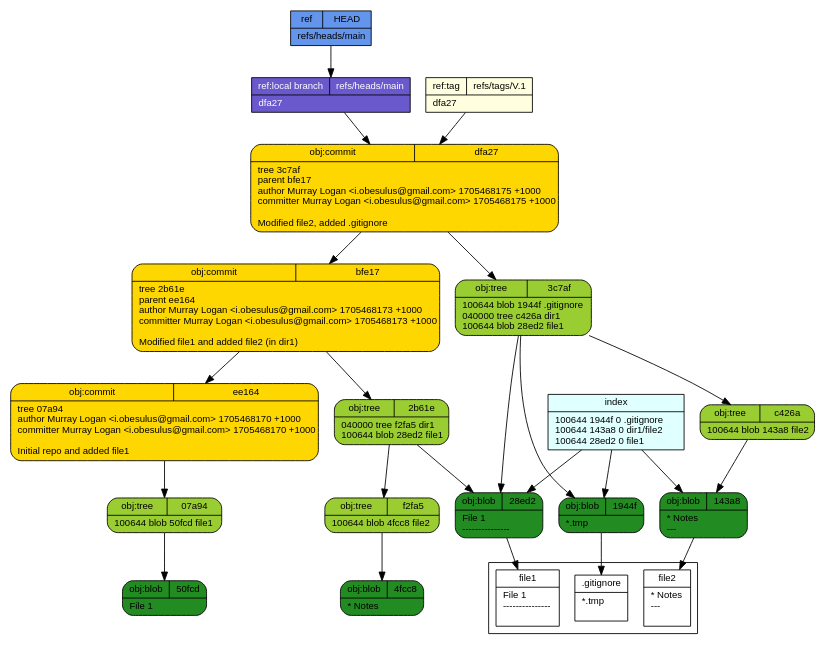
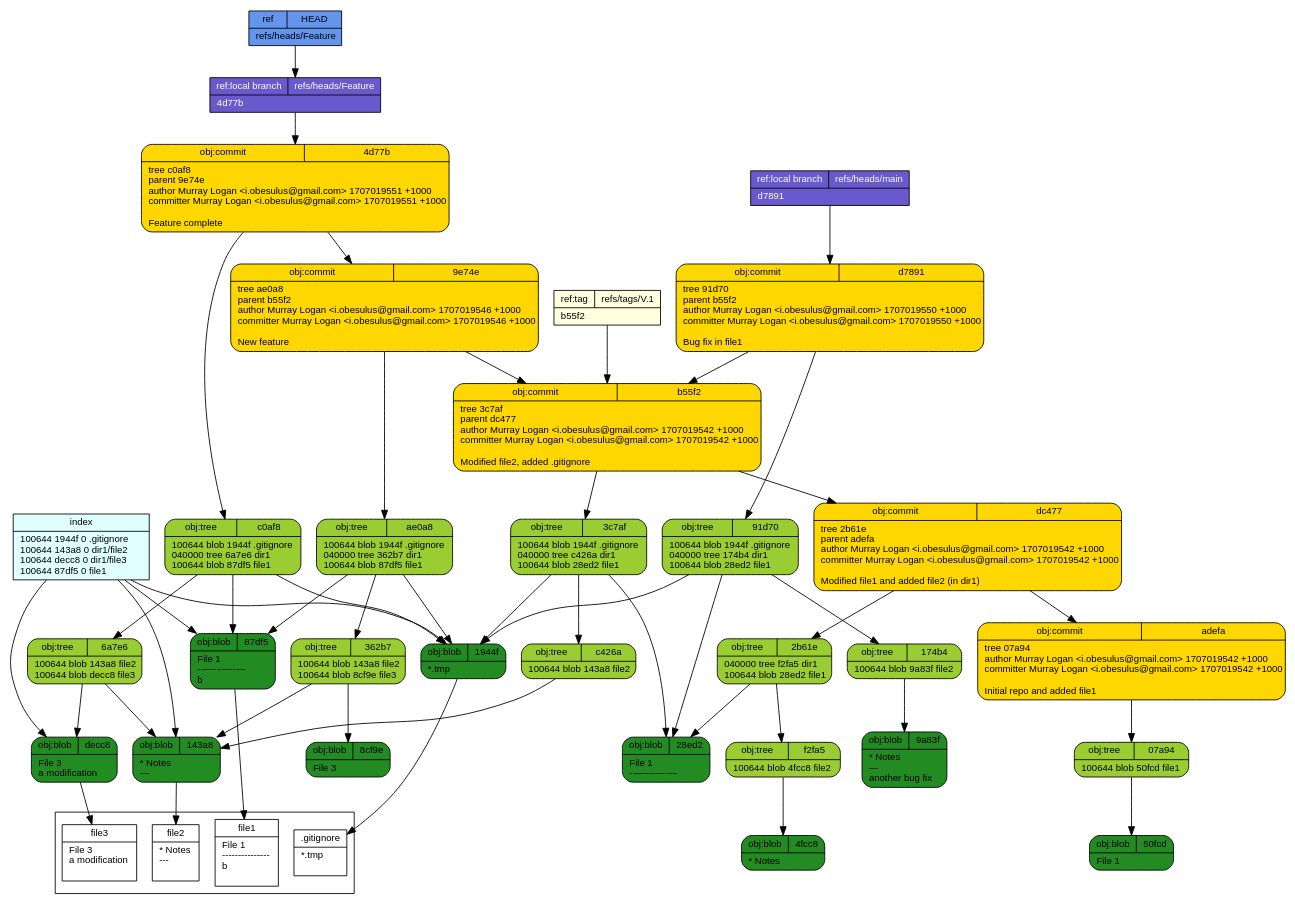
One commit to ReefCloud/workshops changed the diagram in tut/git-draw.dot. Above: the diagram before and after it, drawn with Graphviz. The commit also changed 6 other files, not shown here.

```diff
--- a/tut/git-draw.dot
+++ b/tut/git-draw.dot
@@ -1,34 +1,59 @@
 digraph structs {
   node [shape=record,fontsize=11,fontname="arial"];
   rankdir="TB";
-  _07a94 [fillcolor="yellowgreen", style="filled,rounded", label="{{obj:tree|07a94}|100644\ blob\ 50fcd\	file1\l}"]  _07a94 -> _50fcd
-  _143a8 [fillcolor="forestgreen", style="filled,rounded", label="{{obj:blob|143a8}|\*\ Notes\l\-\-\-\l}"]  _1944f [fillcolor="forestgreen", style="filled,rounded", label="{{obj:blob|1944f}|\*\.tmp\l}"]  _28ed2 [fillcolor="forestgreen", style="filled,rounded", label="{{obj:blob|28ed2}|File\ 1\l\-\-\-\-\-\-\-\-\-\-\-\-\-\-\-\l}"]  _2b61e [fillcolor="yellowgreen", style="filled,rounded", label="{{obj:tree|2b61e}|040000\ tree\ f2fa5\	dir1\l100644\ blob\ 28ed2\	file1\l}"]  _2b61e -> _f2fa5
-  _2b61e -> _28ed2
+  _4d77b [fillcolor="gold", style="filled,rounded", label="{{obj:commit|4d77b}|tree\ c0af8\lparent\ 9e74e\lauthor\ Murray\ Logan\ \<i\.obesulus\@gmail\.com\>\ 1707019551\ \+1000\lcommitter\ Murray\ Logan\ \<i\.obesulus\@gmail\.com\>\ 1707019551\ \+1000\l\lFeature\ complete\l}"]  _4d77b -> _c0af8
+  _4d77b -> _9e74e
+  _d7891 [fillcolor="gold", style="filled,rounded", label="{{obj:commit|d7891}|tree\ 91d70\lparent\ b55f2\lauthor\ Murray\ Logan\ \<i\.obesulus\@gmail\.com\>\ 1707019550\ \+1000\lcommitter\ Murray\ Logan\ \<i\.obesulus\@gmail\.com\>\ 1707019550\ \+1000\l\lBug\ fix\ in\ file1\l}"]  _d7891 -> _91d70
+  _d7891 -> _b55f2
   _3c7af [fillcolor="yellowgreen", style="filled,rounded", label="{{obj:tree|3c7af}|100644\ blob\ 1944f\	\.gitignore\l040000\ tree\ c426a\	dir1\l100644\ blob\ 28ed2\	file1\l}"]  _3c7af -> _1944f
   _3c7af -> _c426a
   _3c7af -> _28ed2
-  _4fcc8 [fillcolor="forestgreen", style="filled,rounded", label="{{obj:blob|4fcc8}|\*\ Notes\l}"]  _50fcd [fillcolor="forestgreen", style="filled,rounded", label="{{obj:blob|50fcd}|File\ 1\l}"]  _bfe17 [fillcolor="gold", style="filled,rounded", label="{{obj:commit|bfe17}|tree\ 2b61e\lparent\ ee164\lauthor\ Murray\ Logan\ \<i\.obesulus\@gmail\.com\>\ 1705468173\ \+1000\lcommitter\ Murray\ Logan\ \<i\.obesulus\@gmail\.com\>\ 1705468173\ \+1000\l\lModified\ file1\ and\ added\ file2\ \(in\ dir1\)\l}"]  _bfe17 -> _2b61e
-  _bfe17 -> _ee164
+  _c0af8 [fillcolor="yellowgreen", style="filled,rounded", label="{{obj:tree|c0af8}|100644\ blob\ 1944f\	\.gitignore\l040000\ tree\ 6a7e6\	dir1\l100644\ blob\ 87df5\	file1\l}"]  _c0af8 -> _1944f
+  _c0af8 -> _6a7e6
+  _c0af8 -> _87df5
+  _dc477 [fillcolor="gold", style="filled,rounded", label="{{obj:commit|dc477}|tree\ 2b61e\lparent\ adefa\lauthor\ Murray\ Logan\ \<i\.obesulus\@gmail\.com\>\ 1707019542\ \+1000\lcommitter\ Murray\ Logan\ \<i\.obesulus\@gmail\.com\>\ 1707019542\ \+1000\l\lModified\ file1\ and\ added\ file2\ \(in\ dir1\)\l}"]  _dc477 -> _2b61e
+  _dc477 -> _adefa
+  _91d70 [fillcolor="yellowgreen", style="filled,rounded", label="{{obj:tree|91d70}|100644\ blob\ 1944f\	\.gitignore\l040000\ tree\ 174b4\	dir1\l100644\ blob\ 28ed2\	file1\l}"]  _91d70 -> _1944f
+  _91d70 -> _174b4
+  _91d70 -> _28ed2
+  _f2fa5 [fillcolor="yellowgreen", style="filled,rounded", label="{{obj:tree|f2fa5}|100644\ blob\ 4fcc8\	file2\l}"]  _f2fa5 -> _4fcc8
+  _9e74e [fillcolor="gold", style="filled,rounded", label="{{obj:commit|9e74e}|tree\ ae0a8\lparent\ b55f2\lauthor\ Murray\ Logan\ \<i\.obesulus\@gmail\.com\>\ 1707019546\ \+1000\lcommitter\ Murray\ Logan\ \<i\.obesulus\@gmail\.com\>\ 1707019546\ \+1000\l\lNew\ feature\l}"]  _9e74e -> _ae0a8
+  _9e74e -> _b55f2
+  _b55f2 [fillcolor="gold", style="filled,rounded", label="{{obj:commit|b55f2}|tree\ 3c7af\lparent\ dc477\lauthor\ Murray\ Logan\ \<i\.obesulus\@gmail\.com\>\ 1707019542\ \+1000\lcommitter\ Murray\ Logan\ \<i\.obesulus\@gmail\.com\>\ 1707019542\ \+1000\l\lModified\ file2\,\ added\ \.gitignore\l}"]  _b55f2 -> _3c7af
+  _b55f2 -> _dc477
+  _174b4 [fillcolor="yellowgreen", style="filled,rounded", label="{{obj:tree|174b4}|100644\ blob\ 9a83f\	file2\l}"]  _174b4 -> _9a83f
+  _07a94 [fillcolor="yellowgreen", style="filled,rounded", label="{{obj:tree|07a94}|100644\ blob\ 50fcd\	file1\l}"]  _07a94 -> _50fcd
+  _50fcd [fillcolor="forestgreen", style="filled,rounded", label="{{obj:blob|50fcd}|File\ 1\l}"]  _8cf9e [fillcolor="forestgreen", style="filled,rounded", label="{{obj:blob|8cf9e}|File\ 3\l}"]  _143a8 [fillcolor="forestgreen", style="filled,rounded", label="{{obj:blob|143a8}|\*\ Notes\l\-\-\-\l}"]  _28ed2 [fillcolor="forestgreen", style="filled,rounded", label="{{obj:blob|28ed2}|File\ 1\l\-\-\-\-\-\-\-\-\-\-\-\-\-\-\-\l}"]  _2b61e [fillcolor="yellowgreen", style="filled,rounded", label="{{obj:tree|2b61e}|040000\ tree\ f2fa5\	dir1\l100644\ blob\ 28ed2\	file1\l}"]  _2b61e -> _f2fa5
+  _2b61e -> _28ed2
+  _4fcc8 [fillcolor="forestgreen", style="filled,rounded", label="{{obj:blob|4fcc8}|\*\ Notes\l}"]  _adefa [fillcolor="gold", style="filled,rounded", label="{{obj:commit|adefa}|tree\ 07a94\lauthor\ Murray\ Logan\ \<i\.obesulus\@gmail\.com\>\ 1707019542\ \+1000\lcommitter\ Murray\ Logan\ \<i\.obesulus\@gmail\.com\>\ 1707019542\ \+1000\l\lInitial\ repo\ and\ added\ file1\l}"]  _adefa -> _07a94
+  _ae0a8 [fillcolor="yellowgreen", style="filled,rounded", label="{{obj:tree|ae0a8}|100644\ blob\ 1944f\	\.gitignore\l040000\ tree\ 362b7\	dir1\l100644\ blob\ 87df5\	file1\l}"]  _ae0a8 -> _1944f
+  _ae0a8 -> _362b7
+  _ae0a8 -> _87df5
+  _9a83f [fillcolor="forestgreen", style="filled,rounded", label="{{obj:blob|9a83f}|\*\ Notes\l\-\-\-\l\ another\ bug\ fix\l}"]  _6a7e6 [fillcolor="yellowgreen", style="filled,rounded", label="{{obj:tree|6a7e6}|100644\ blob\ 143a8\	file2\l100644\ blob\ decc8\	file3\l}"]  _6a7e6 -> _143a8
+  _6a7e6 -> _decc8
   _c426a [fillcolor="yellowgreen", style="filled,rounded", label="{{obj:tree|c426a}|100644\ blob\ 143a8\	file2\l}"]  _c426a -> _143a8
-  _dfa27 [fillcolor="gold", style="filled,rounded", label="{{obj:commit|dfa27}|tree\ 3c7af\lparent\ bfe17\lauthor\ Murray\ Logan\ \<i\.obesulus\@gmail\.com\>\ 1705468175\ \+1000\lcommitter\ Murray\ Logan\ \<i\.obesulus\@gmail\.com\>\ 1705468175\ \+1000\l\lModified\ file2\,\ added\ \.gitignore\l}"]  _dfa27 -> _3c7af
-  _dfa27 -> _bfe17
-  _ee164 [fillcolor="gold", style="filled,rounded", label="{{obj:commit|ee164}|tree\ 07a94\lauthor\ Murray\ Logan\ \<i\.obesulus\@gmail\.com\>\ 1705468170\ \+1000\lcommitter\ Murray\ Logan\ \<i\.obesulus\@gmail\.com\>\ 1705468170\ \+1000\l\lInitial\ repo\ and\ added\ file1\l}"]  _ee164 -> _07a94
-  _f2fa5 [fillcolor="yellowgreen", style="filled,rounded", label="{{obj:tree|f2fa5}|100644\ blob\ 4fcc8\	file2\l}"]  _f2fa5 -> _4fcc8
-  _refs___heads___main [style=filled, fillcolor=slateblue3, fontcolor = white,  label="{{ref:local branch|refs\/heads\/main}|dfa27\l}"]
-  _refs___heads___main -> _dfa27
-  _refs___tags___V___1 [style=filled, fillcolor=lightyellow, fontcolor = black,  label="{{ref:tag|refs\/tags\/V\.1}|dfa27\l}"]
-  _refs___tags___V___1 -> _dfa27
-  _HEAD [style=filled, fillcolor=cornflowerblue, fontcolor=black,  label="{{ref|HEAD}|refs\/heads\/main\l}"]
-  _HEAD -> _refs___heads___main
+  _1944f [fillcolor="forestgreen", style="filled,rounded", label="{{obj:blob|1944f}|\*\.tmp\l}"]  _362b7 [fillcolor="yellowgreen", style="filled,rounded", label="{{obj:tree|362b7}|100644\ blob\ 143a8\	file2\l100644\ blob\ 8cf9e\	file3\l}"]  _362b7 -> _143a8
+  _362b7 -> _8cf9e
+  _decc8 [fillcolor="forestgreen", style="filled,rounded", label="{{obj:blob|decc8}|File\ 3\l\ a\ modification\l}"]  _87df5 [fillcolor="forestgreen", style="filled,rounded", label="{{obj:blob|87df5}|File\ 1\l\-\-\-\-\-\-\-\-\-\-\-\-\-\-\-\lb\l}"]  _refs___heads___Feature [style=filled, fillcolor=slateblue3, fontcolor = white,  label="{{ref:local branch|refs\/heads\/Feature}|4d77b\l}"]
+  _refs___heads___Feature -> _4d77b
+  _refs___heads___main [style=filled, fillcolor=slateblue3, fontcolor = white,  label="{{ref:local branch|refs\/heads\/main}|d7891\l}"]
+  _refs___heads___main -> _d7891
+  _refs___tags___V___1 [style=filled, fillcolor=lightyellow, fontcolor = black,  label="{{ref:tag|refs\/tags\/V\.1}|b55f2\l}"]
+  _refs___tags___V___1 -> _b55f2
+  _HEAD [style=filled, fillcolor=cornflowerblue, fontcolor=black,  label="{{ref|HEAD}|refs\/heads\/Feature\l}"]
+  _HEAD -> _refs___heads___Feature
   index -> _1944f
   index -> _143a8
-  index -> _28ed2
-  index [style=filled, fillcolor=lightcyan, label="{{index}|100644\ 1944f\ 0\	\.gitignore\l100644\ 143a8\ 0\	dir1\/file2\l100644\ 28ed2\ 0\	file1\l}"]
+  index -> _decc8
+  index -> _87df5
+  index [style=filled, fillcolor=lightcyan, label="{{index}|100644\ 1944f\ 0\	\.gitignore\l100644\ 143a8\ 0\	dir1\/file2\l100644\ decc8\ 0\	dir1\/file3\l100644\ 87df5\ 0\	file1\l}"]
 subgraph cluster_1 {rank=sink  _gitignore [fillcolor="white", label="{{.gitignore}|*.tmp\l\l}"] 
   _file2 [fillcolor="white", label="{{file2}|* Notes\l---\l\l}"] 
-  _file1 [fillcolor="white", label="{{file1}|File 1\l---------------\l\l}"] 
+  _file3 [fillcolor="white", label="{{file3}|File 3\l a modification\l\l}"] 
+  _file1 [fillcolor="white", label="{{file1}|File 1\l---------------\lb\l\l}"] 
 }
  _1944f -> _gitignore
  _143a8 -> _file2
- _28ed2 -> _file1
+ _decc8 -> _file3
+ _87df5 -> _file1
 }
```
